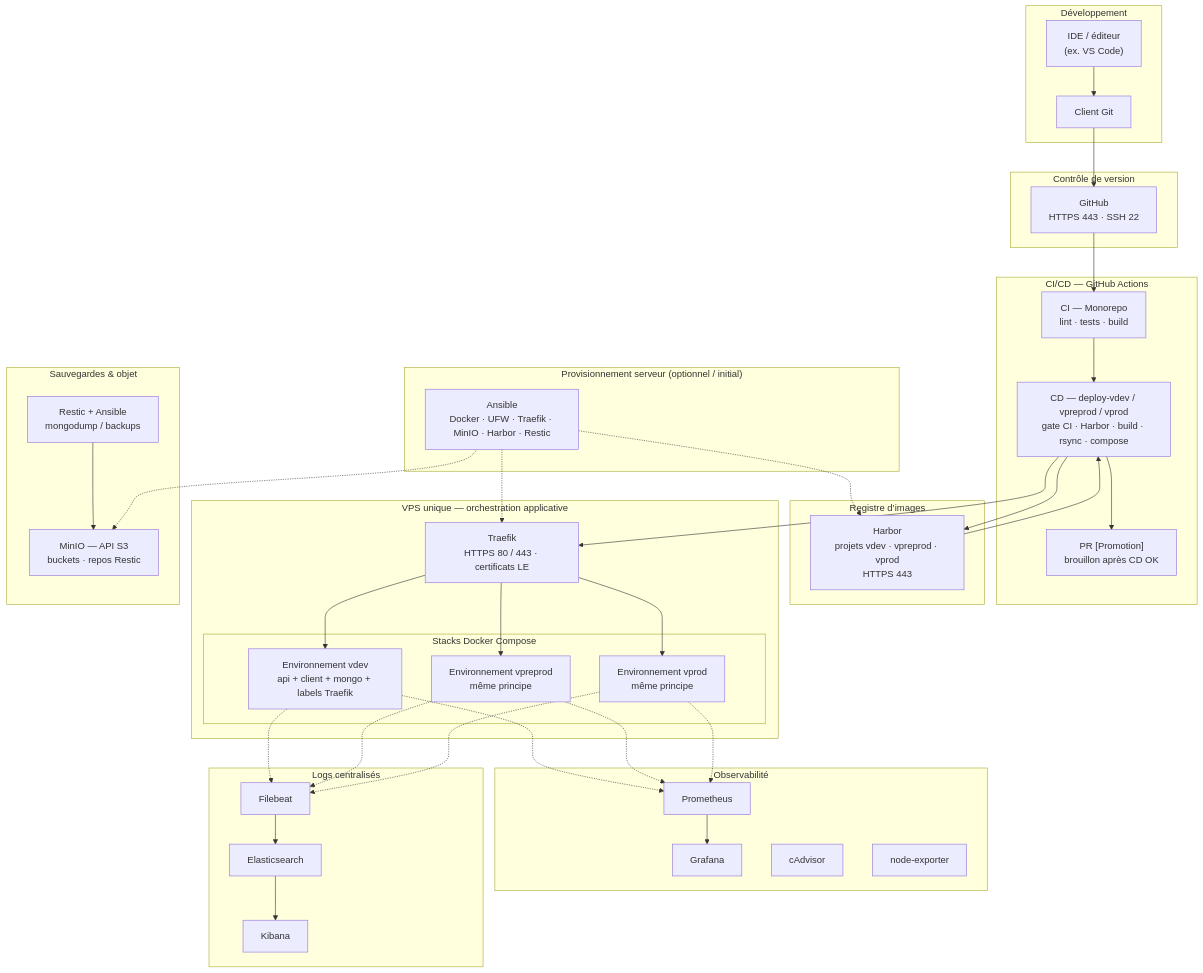
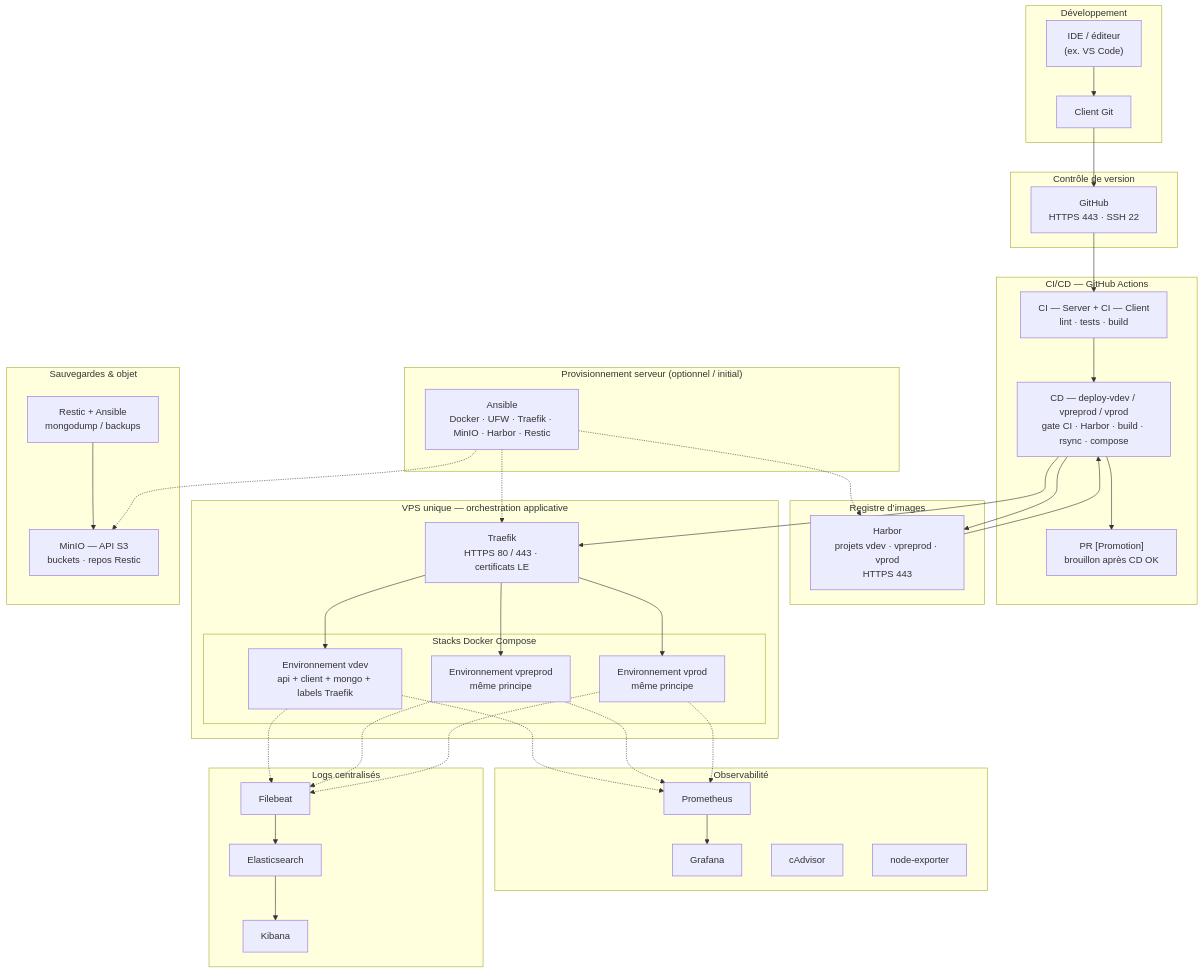
Before and after one commit to thetiptopprojectgroup-netizen/thetiptop-project: the first of 3 diagrams in docs/DIAGRAMME_WORKFLOW_DEVOPS.md, drawn with Mermaid. The commit also changed 15 other files, not shown here.

````diff
--- a/docs/DIAGRAMME_WORKFLOW_DEVOPS.md
+++ b/docs/DIAGRAMME_WORKFLOW_DEVOPS.md
@@ -10,76 +10,76 @@
 ```mermaid
 flowchart TB
   subgraph dev["Développement"]
     IDE["IDE / éditeur<br/>(ex. VS Code)"]
     CLI["Client Git"]
   end
 
   subgraph scm["Contrôle de version"]
     GH["GitHub<br/>HTTPS 443 · SSH 22"]
   end
 
   subgraph cicd["CI/CD — GitHub Actions"]
-    CI["CI — Monorepo<br/>lint · tests · build"]
+    CI["CI — Server + CI — Client<br/>lint · tests · build"]
     CD["CD — deploy-vdev / vpreprod / vprod<br/>gate CI · Harbor · build · rsync · compose"]
     PROMO["PR [Promotion]<br/>brouillon après CD OK"]
   end
 
   subgraph registry["Registre d’images"]
     HARBOR["Harbor<br/>projets vdev · vpreprod · vprod<br/>HTTPS 443"]
   end
 
   subgraph vps["VPS unique — orchestration applicative"]
     TRAEFIK["Traefik<br/>HTTPS 80 / 443 · certificats LE"]
     subgraph stacks["Stacks Docker Compose"]
       E1["Environnement vdev<br/>api + client + mongo + labels Traefik"]
       E2["Environnement vpreprod<br/>même principe"]
       E3["Environnement vprod<br/>même principe"]
     end
   end
 
   subgraph obs["Observabilité"]
     PROM["Prometheus"]
     GRAF["Grafana"]
     CADV["cAdvisor"]
     NODE["node-exporter"]
   end
 
   subgraph logs["Logs centralisés"]
     FB["Filebeat"]
     ES["Elasticsearch"]
     KIB["Kibana"]
   end
 
   subgraph backup["Sauvegardes & objet"]
     MINIO["MinIO — API S3<br/>buckets · repos Restic"]
     RESTIC["Restic + Ansible<br/>mongodump / backups"]
   end
 
   subgraph prov["Provisionnement serveur (optionnel / initial)"]
     ANS["Ansible<br/>Docker · UFW · Traefik · MinIO · Harbor · Restic"]
   end
 
   IDE --> CLI
   CLI --> GH
   GH --> CI
   CI --> CD
   CD --> PROMO
   CD --> HARBOR
   HARBOR --> CD
   CD --> TRAEFIK
   TRAEFIK --> E1
   TRAEFIK --> E2
   TRAEFIK --> E3
   E1 -.-> PROM
   E2 -.-> PROM
   E3 -.-> PROM
   E1 -.-> FB
   E2 -.-> FB
   E3 -.-> FB
   PROM --> GRAF
   FB --> ES --> KIB
   RESTIC --> MINIO
   ANS -.-> TRAEFIK
   ANS -.-> MINIO
   ANS -.-> HARBOR
 ```
````
